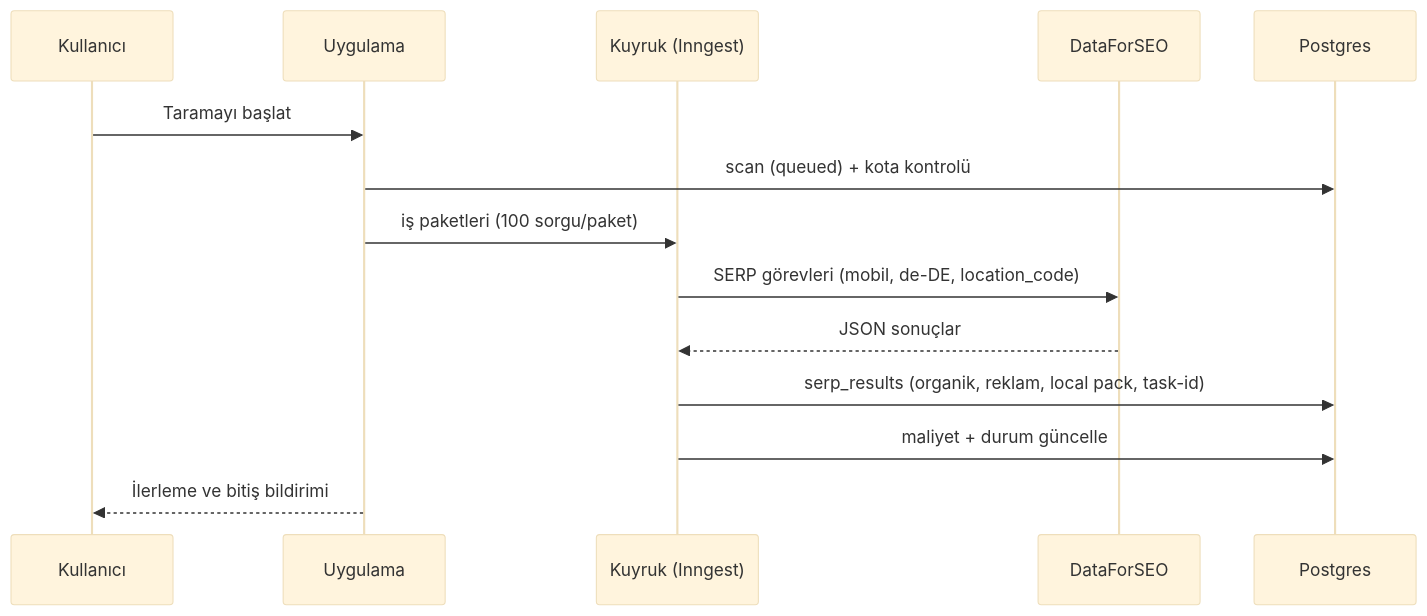
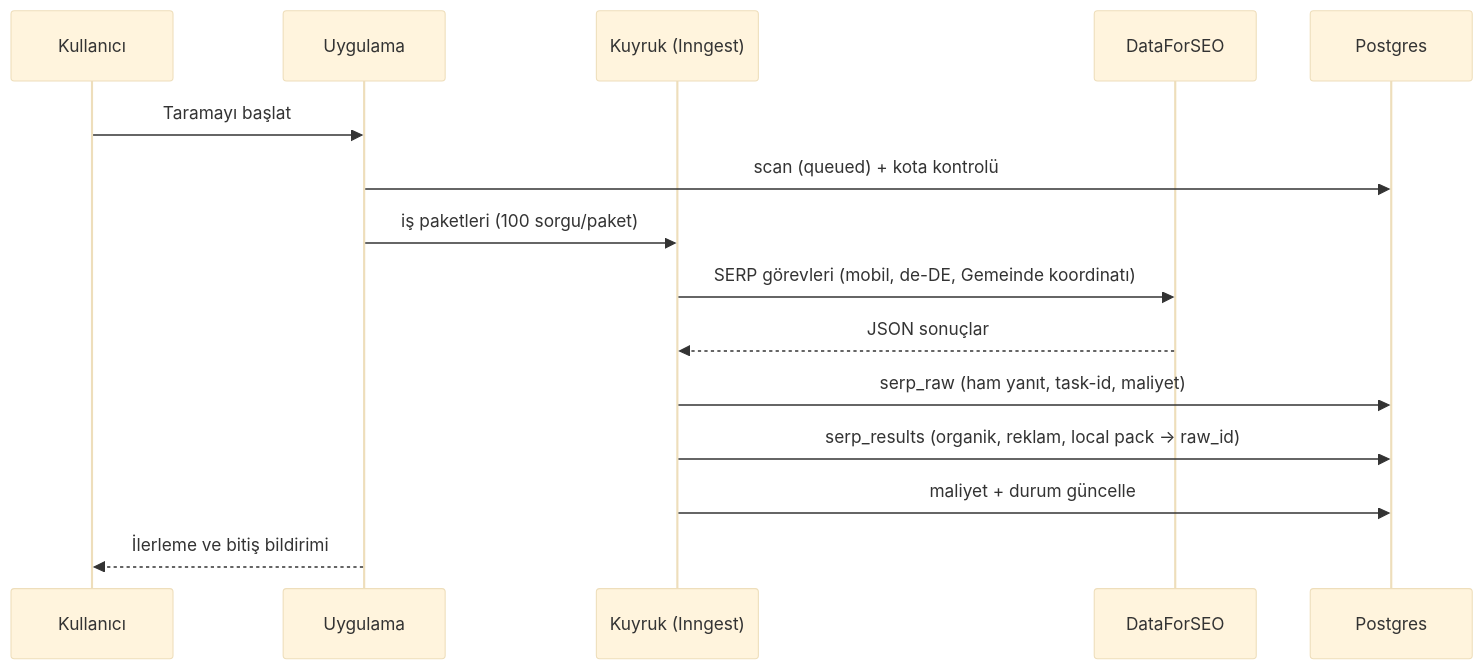
The third of 4 diagrams in docs/ROADMAP.md (technsug-ops/-ortsrank), drawn with Mermaid (base theme) before and after one commit. The commit also changed other lines of this file and 4 other files, not shown here.

First line of the commit message:
Review roadmap and align schema

````diff
--- a/docs/ROADMAP.md
+++ b/docs/ROADMAP.md
@@ -115,16 +123,17 @@
 ```mermaid
 sequenceDiagram
     participant U as Kullanıcı
     participant A as Uygulama
     participant Q as Kuyruk (Inngest)
     participant D as DataForSEO
     participant DB as Postgres
     U->>A: Taramayı başlat
     A->>DB: scan (queued) + kota kontrolü
     A->>Q: iş paketleri (100 sorgu/paket)
-    Q->>D: SERP görevleri (mobil, de-DE, location_code)
+    Q->>D: SERP görevleri (mobil, de-DE, Gemeinde koordinatı)
     D-->>Q: JSON sonuçlar
-    Q->>DB: serp_results (organik, reklam, local pack, task-id)
+    Q->>DB: serp_raw (ham yanıt, task-id, maliyet)
+    Q->>DB: serp_results (organik, reklam, local pack → raw_id)
     Q->>DB: maliyet + durum güncelle
     A-->>U: İlerleme ve bitiş bildirimi
 ```
````
